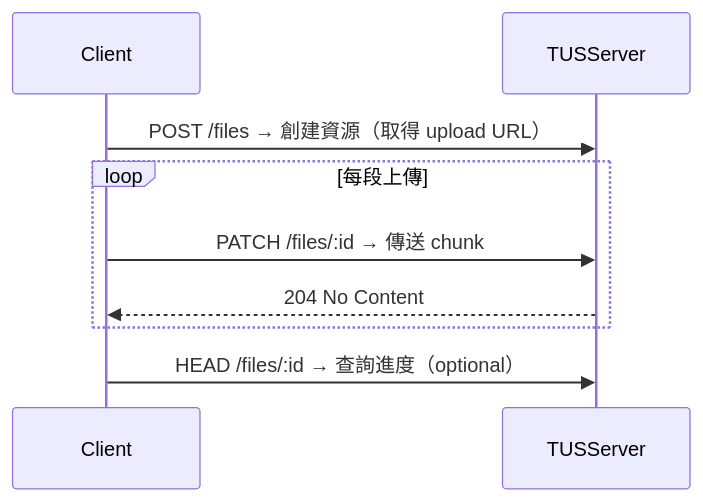
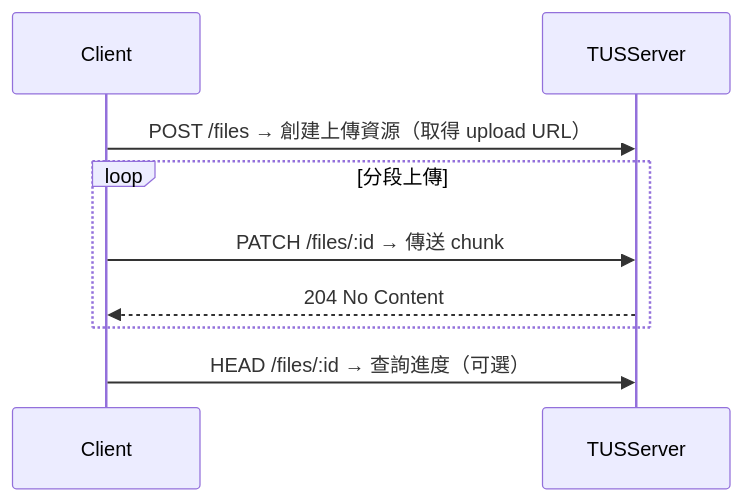
Before and after one commit to Shinyui/0xshinyui: the diagram in content/posts/file-upload-from-kb-to-gb/index.mdx, drawn with Mermaid. The commit also changed other lines of this file and 10 other files, not shown here.

````diff
--- a/content/posts/file-upload-from-kb-to-gb/index.mdx
+++ b/content/posts/file-upload-from-kb-to-gb/index.mdx
@@ -81,13 +87,13 @@
 ```mermaid
 sequenceDiagram
     participant Client
     participant TUSServer
 
-    Client->>TUSServer: POST /files → 創建資源（取得 upload URL）
-    loop 每段上傳
+    Client->>TUSServer: POST /files → 創建上傳資源（取得 upload URL）
+    loop 分段上傳
         Client->>TUSServer: PATCH /files/:id → 傳送 chunk
         TUSServer-->>Client: 204 No Content
     end
-    Client->>TUSServer: HEAD /files/:id → 查詢進度（optional）
+    Client->>TUSServer: HEAD /files/:id → 查詢進度（可選）
 
 ```
````
